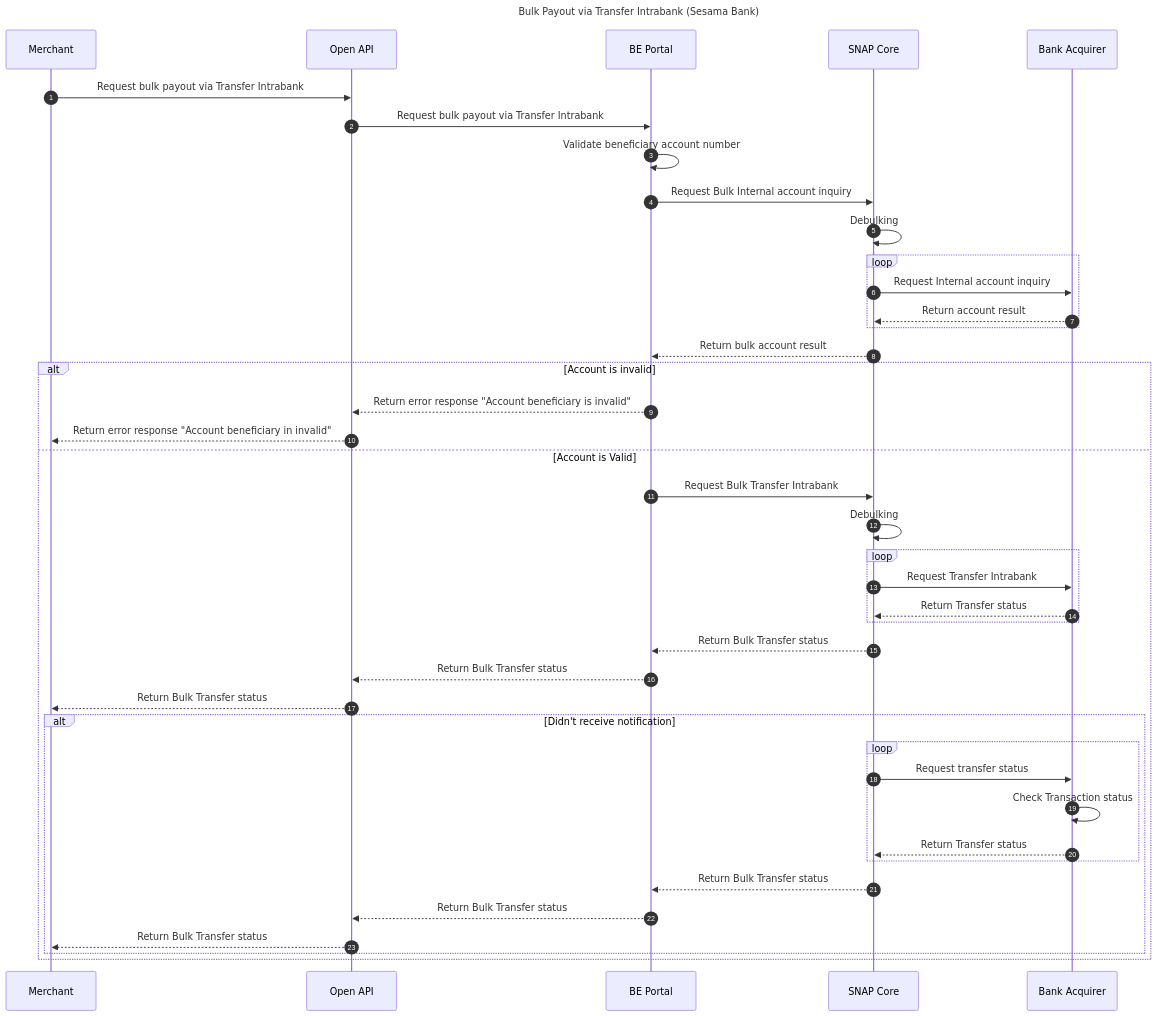
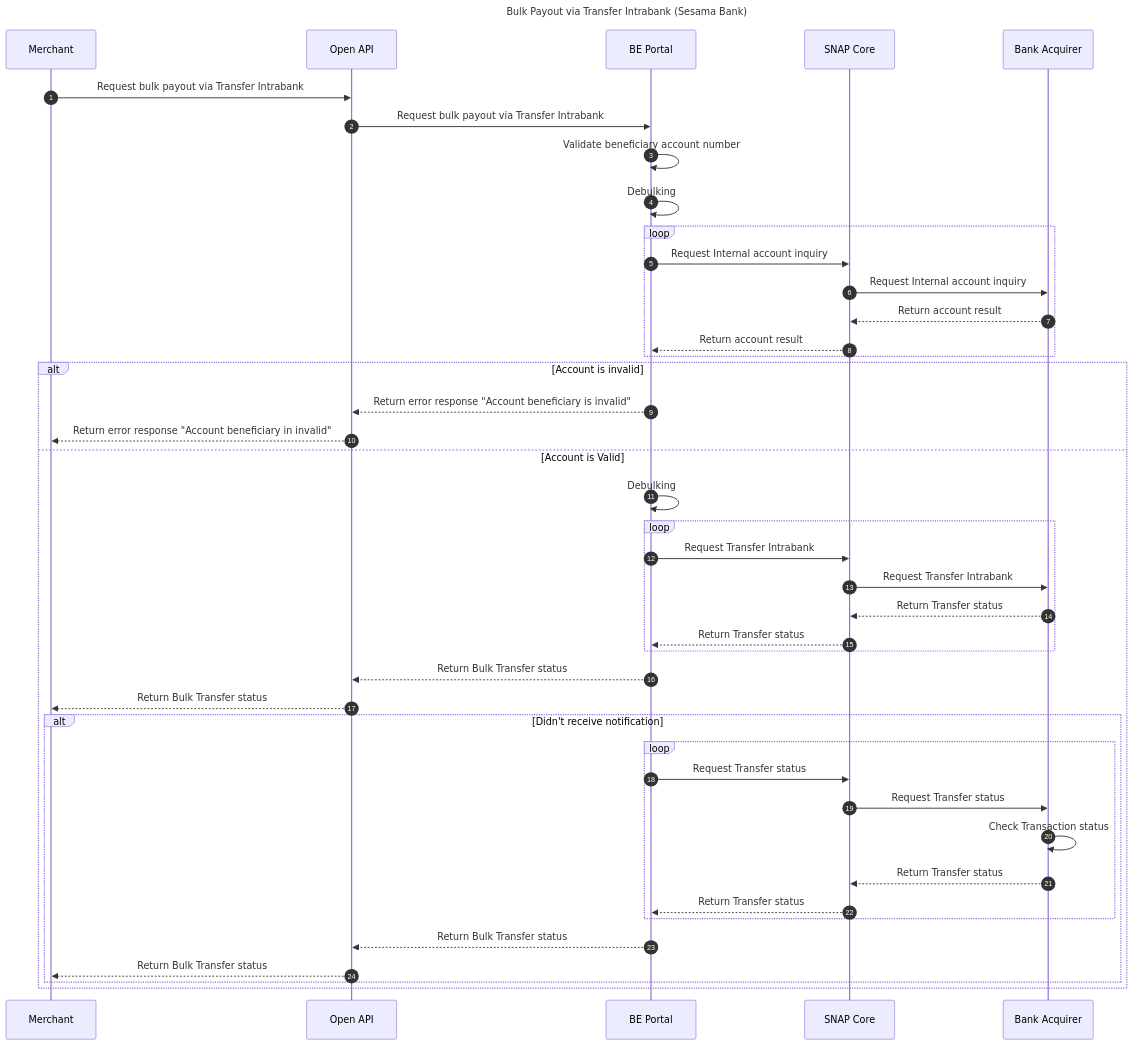
The diagram in bulk-payout-transfer-intrabank-.md (reforzaj/documentation), drawn with Mermaid before and after one commit.

````diff
--- a/bulk-payout-transfer-intrabank-.md
+++ b/bulk-payout-transfer-intrabank-.md
@@ -1,45 +1,46 @@
-```mermaid
+``` mermaid
 sequenceDiagram
     autonumber
     title: Bulk Payout via Transfer Intrabank (Sesama Bank)
     participant a as Merchant
     participant b as Open API
     participant c as BE Portal
     participant d as SNAP Core
     participant e as Bank Acquirer
 
     a->>b: Request bulk payout via Transfer Intrabank
     b->>c: Request bulk payout via Transfer Intrabank
-    c->>c: Validate beneficiary account number 
-    c->>d: Request Bulk Internal account inquiry
-    d->>d: Debulking
-    loop
+    c->>c: Validate beneficiary account number
+    c->>c: Debulking
+    loop 
+    c->>d: Request Internal account inquiry
     d->>e: Request Internal account inquiry
     e-->>d: Return account result
+    d-->>c: Return account result
     end
-    d-->>c: Return bulk account result
     alt Account is invalid
     c-->>b: Return error response "Account beneficiary is invalid"
     b-->>a: Return error response "Account beneficiary in invalid"
     else Account is Valid
-    c->>d: Request Bulk Transfer Intrabank
-    d->>d: Debulking
+    c->>c: Debulking
     loop
+    c->>d: Request Transfer Intrabank
     d->>e: Request Transfer Intrabank
     e-->>d: Return Transfer status
+    d-->>c: Return Transfer status
     end
-    d-->>c: Return Bulk Transfer status
     c-->>b: Return Bulk Transfer status
     b-->>a: Return Bulk Transfer status
         alt Didn't receive notification
         loop
-        d->>e: Request transfer status
+        c->>d: Request Transfer status
+        d->>e: Request Transfer status
         e->>e: Check Transaction status
         e-->>d: Return Transfer status
+        d-->>c: Return Transfer status
         end
-        d-->>c: Return Bulk Transfer status
         c-->>b: Return Bulk Transfer status
         b-->>a: Return Bulk Transfer status
         end
     end
 ```
````
